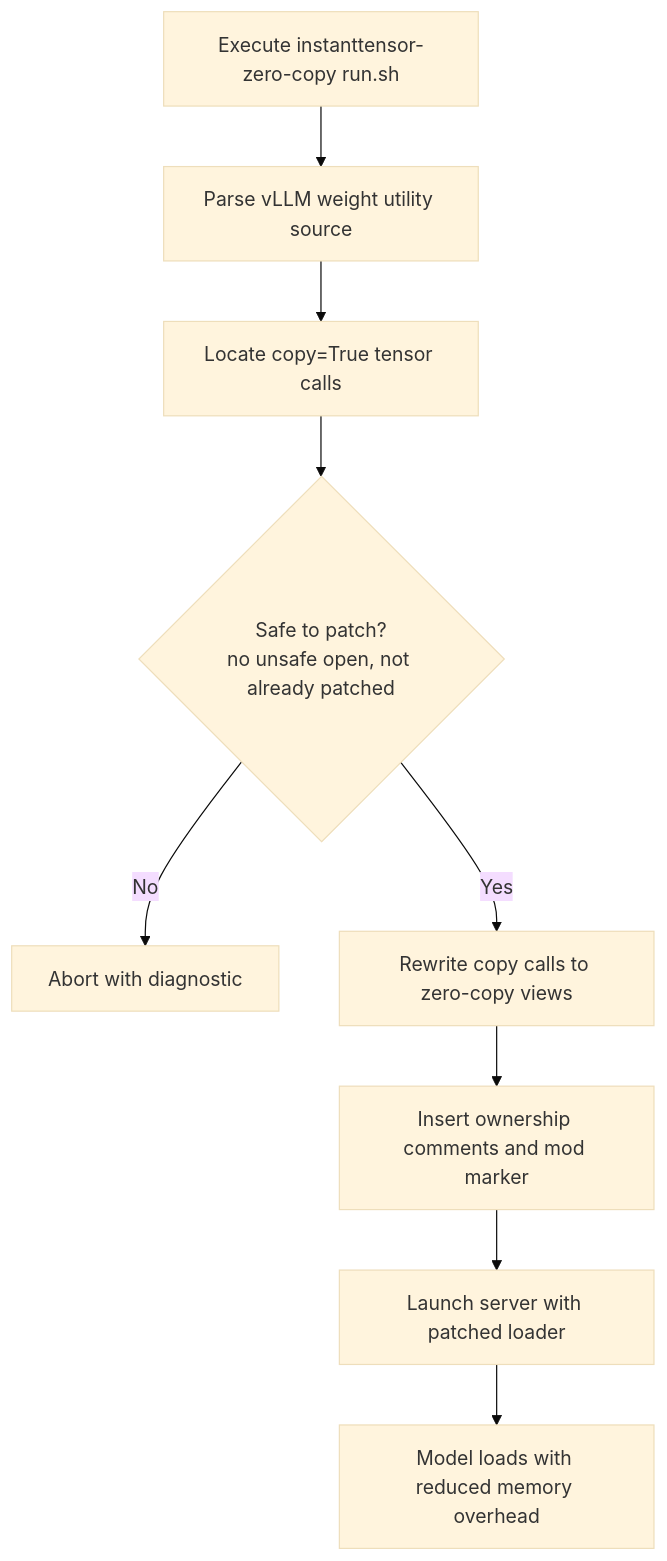
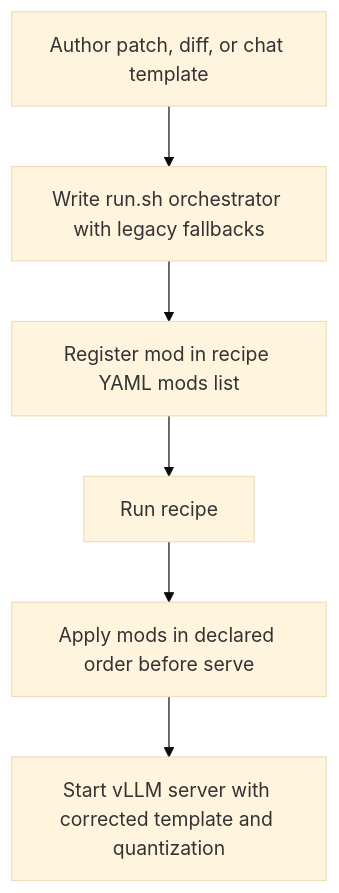
Before and after one commit to jpfulton-fultonengineeringservices/spark-vllm-docker: the tenth of 12 diagrams in deepwiki-rs-docs/2.Architecture.md, drawn with Mermaid (base theme). The commit also changed other lines of this file and 156 other files, not shown here.

````diff
--- a/deepwiki-rs-docs/2.Architecture.md
+++ b/deepwiki-rs-docs/2.Architecture.md
@@ -500,11 +593,8 @@
 ```mermaid
 graph TD
-    Start["Execute instanttensor-zero-copy run.sh"] --> Parse["Parse vLLM weight utility source"]
-    Parse --> Locate["Locate copy=True tensor calls"]
-    Locate --> SafeCheck{"Safe to patch?<br/>no unsafe open, not already patched"}
-    SafeCheck -->|No| Abort["Abort with diagnostic"]
-    SafeCheck -->|Yes| Rewrite["Rewrite copy calls to zero-copy views"]
-    Rewrite --> Comment["Insert ownership comments and mod marker"]
-    Comment --> Launch["Launch server with patched loader"]
-    Launch --> Serve["Model loads with reduced memory overhead"]
+    A["Author patch, diff, or chat template"] --> B["Write run.sh orchestrator with legacy fallbacks"]
+    B --> C["Register mod in recipe YAML mods list"]
+    C --> D["Run recipe"]
+    D --> E["Apply mods in declared order before serve"]
+    E --> F["Start vLLM server with corrected template and quantization"]
 ```
````
